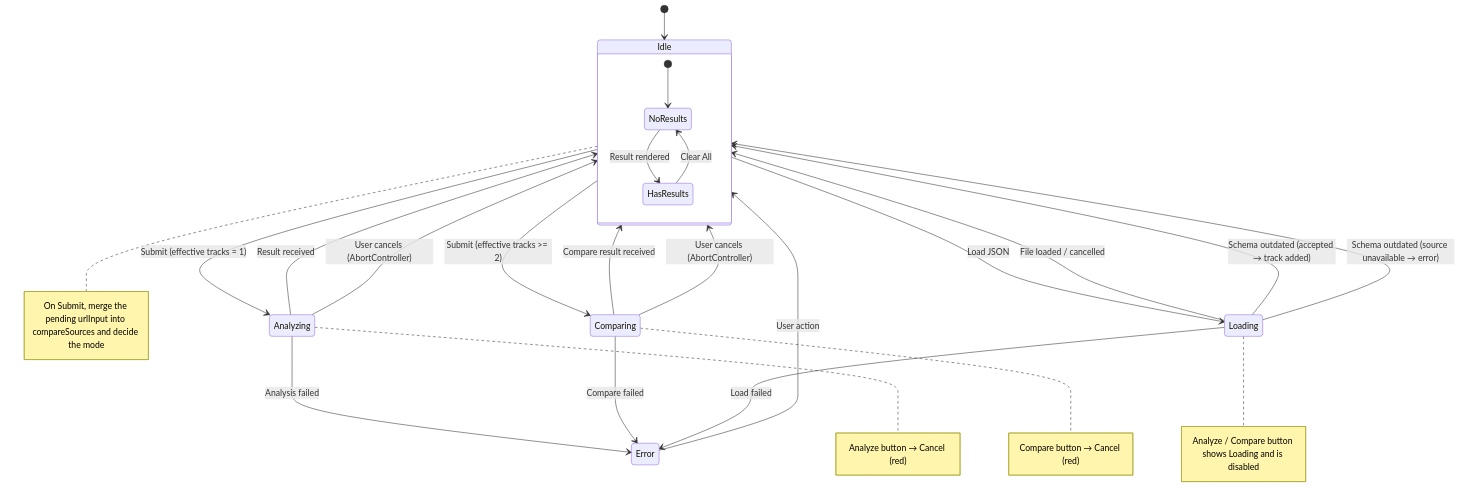
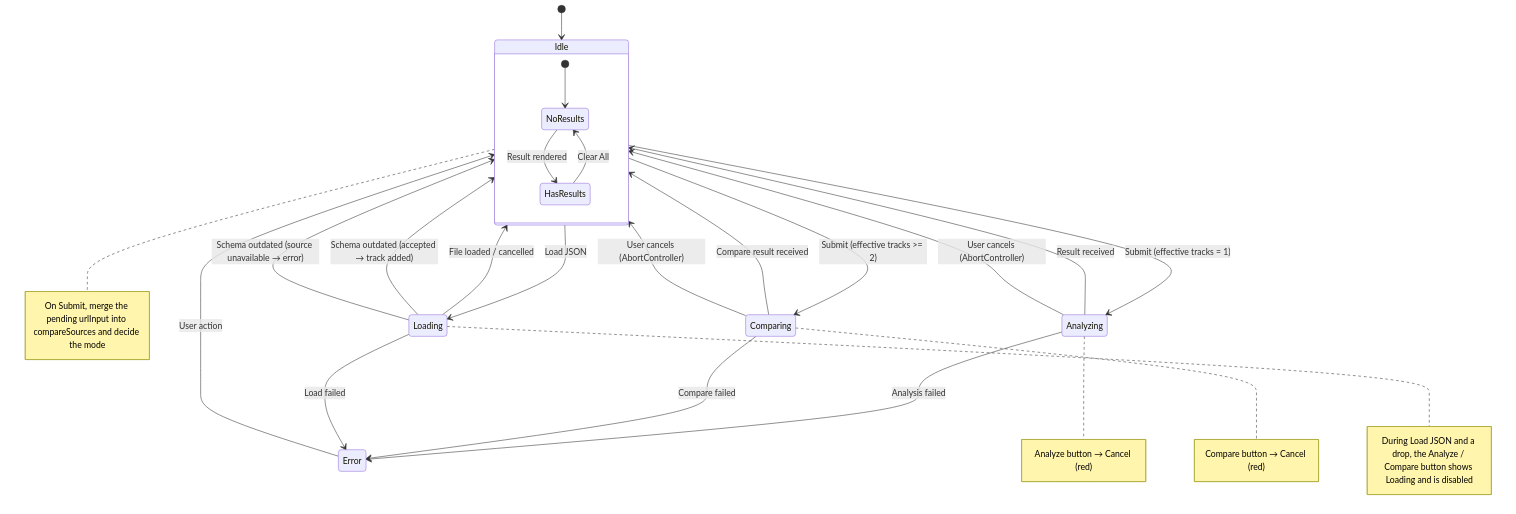
Before and after one commit to semnil/analyze-spectrum: diagram 11 of 17 in docs/architecture.md, drawn with Mermaid. The commit also changed 1 other file, not shown here.

Commit message:
docs: say in the state diagram that a drop also stops the submit button

````diff
--- a/docs/architecture.md
+++ b/docs/architecture.md
@@ -276,33 +276,33 @@
 ```mermaid
 stateDiagram-v2
     [*] --> Idle
     Idle --> Analyzing : Submit (effective tracks = 1)
     Idle --> Comparing : Submit (effective tracks >= 2)
     Idle --> Loading : Load JSON
 
     Analyzing --> Idle : Result received
     Analyzing --> Idle : User cancels (AbortController)
     Analyzing --> Error : Analysis failed
 
     Comparing --> Idle : Compare result received
     Comparing --> Idle : User cancels (AbortController)
     Comparing --> Error : Compare failed
 
     Loading --> Idle : File loaded / cancelled
     Loading --> Idle : Schema outdated (accepted → track added)
     Loading --> Idle : Schema outdated (source unavailable → error)
     Loading --> Error : Load failed
 
     Error --> Idle : User action
 
     state Idle {
         [*] --> NoResults
         NoResults --> HasResults : Result rendered
         HasResults --> NoResults : Clear All
     }
 
+    note right of Loading : During Load JSON and a drop, the Analyze / Compare button shows Loading and is disabled
     note right of Idle : On Submit, merge the pending urlInput into compareSources and decide the mode
     note right of Analyzing : Analyze button → Cancel (red)
     note right of Comparing : Compare button → Cancel (red)
-    note right of Loading : Analyze / Compare button shows Loading and is disabled
 ```
````
